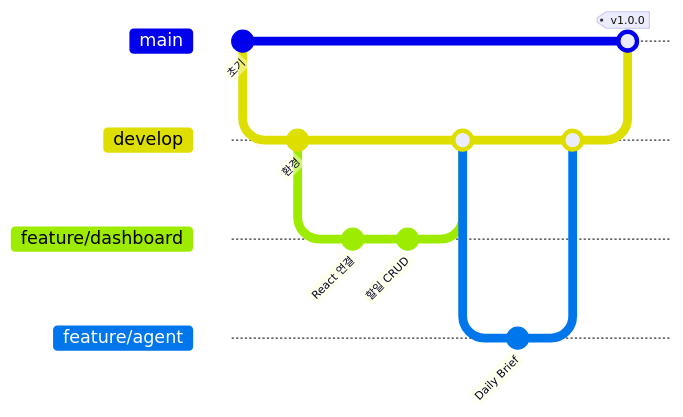
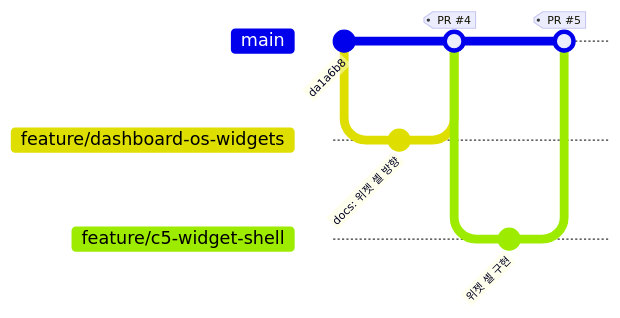
Before and after one commit to gamercross/my-setup-proj: the sixth of 6 diagrams in docs/product/architecture/ARCHITECTURE.md, drawn with Mermaid. The commit also changed other lines of this file and 7 other files, not shown here.

First line of the commit message:
docs: 브랜치 모델 정합 — ADR-0023 (feature/* → PR → main, Git Flow 미채택)

````diff
--- a/docs/product/architecture/ARCHITECTURE.md
+++ b/docs/product/architecture/ARCHITECTURE.md
@@ -485,18 +491,13 @@
 ```mermaid
 gitGraph
-  commit id: "초기"
-  branch develop
-  checkout develop
-  commit id: "환경"
-  branch feature/dashboard
-  commit id: "React 연결"
-  commit id: "할일 CRUD"
-  checkout develop
-  merge feature/dashboard
-  branch feature/agent
-  commit id: "Daily Brief"
-  checkout develop
-  merge feature/agent
+  commit id: "da1a6b8"
+  branch feature/dashboard-os-widgets
+  checkout feature/dashboard-os-widgets
+  commit id: "docs: 위젯 셸 방향"
   checkout main
-  merge develop tag: "v1.0.0"
+  merge feature/dashboard-os-widgets tag: "PR #4"
+  branch feature/c5-widget-shell
+  commit id: "위젯 셸 구현"
+  checkout main
+  merge feature/c5-widget-shell tag: "PR #5"
 ```
````
